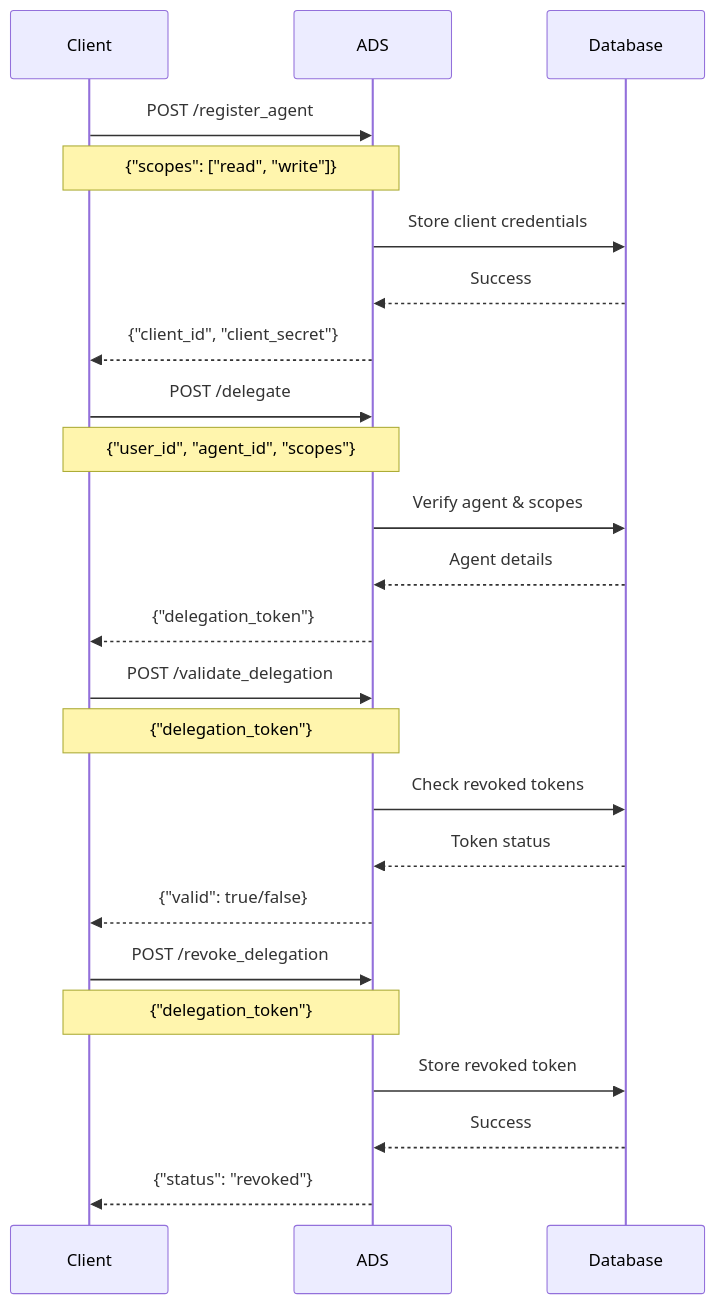
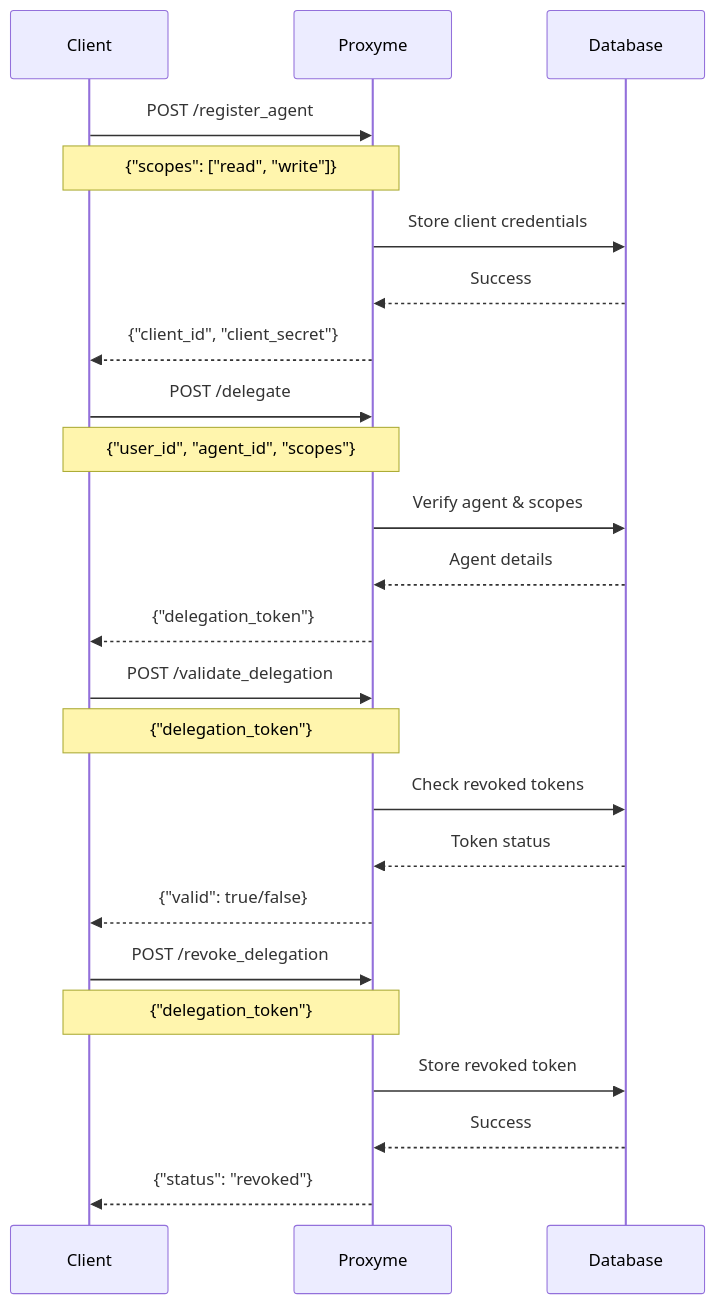
Before and after one commit to proxyme-ai/proxyme: the diagram in pythonHTTPcode/README.md, drawn with Mermaid. The commit also changed other lines of this file and 8 other files, not shown here.

Commit message:
Rename ADS to Proxyme and update UI

````diff
--- a/pythonHTTPcode/README.md
+++ b/pythonHTTPcode/README.md
@@ -16,34 +17,34 @@
 ```mermaid
 sequenceDiagram
     participant Client
-    participant ADS
+    participant Proxyme
     participant Database
 
     %% Agent Registration
-    Client->>ADS: POST /register_agent
-    Note over Client,ADS: {"scopes": ["read", "write"]}
-    ADS->>Database: Store client credentials
-    Database-->>ADS: Success
-    ADS-->>Client: {"client_id", "client_secret"}
+    Client->>Proxyme: POST /register_agent
+    Note over Client,Proxyme: {"scopes": ["read", "write"]}
+    Proxyme->>Database: Store client credentials
+    Database-->>Proxyme: Success
+    Proxyme-->>Client: {"client_id", "client_secret"}
 
     %% Token Delegation
-    Client->>ADS: POST /delegate
-    Note over Client,ADS: {"user_id", "agent_id", "scopes"}
-    ADS->>Database: Verify agent & scopes
-    Database-->>ADS: Agent details
-    ADS-->>Client: {"delegation_token"}
+    Client->>Proxyme: POST /delegate
+    Note over Client,Proxyme: {"user_id", "agent_id", "scopes"}
+    Proxyme->>Database: Verify agent & scopes
+    Database-->>Proxyme: Agent details
+    Proxyme-->>Client: {"delegation_token"}
 
     %% Token Validation
-    Client->>ADS: POST /validate_delegation
-    Note over Client,ADS: {"delegation_token"}
-    ADS->>Database: Check revoked tokens
-    Database-->>ADS: Token status
-    ADS-->>Client: {"valid": true/false}
+    Client->>Proxyme: POST /validate_delegation
+    Note over Client,Proxyme: {"delegation_token"}
+    Proxyme->>Database: Check revoked tokens
+    Database-->>Proxyme: Token status
+    Proxyme-->>Client: {"valid": true/false}
 
     %% Token Revocation
-    Client->>ADS: POST /revoke_delegation
-    Note over Client,ADS: {"delegation_token"}
-    ADS->>Database: Store revoked token
-    Database-->>ADS: Success
-    ADS-->>Client: {"status": "revoked"}
+    Client->>Proxyme: POST /revoke_delegation
+    Note over Client,Proxyme: {"delegation_token"}
+    Proxyme->>Database: Store revoked token
+    Database-->>Proxyme: Success
+    Proxyme-->>Client: {"status": "revoked"}
 ```
````
